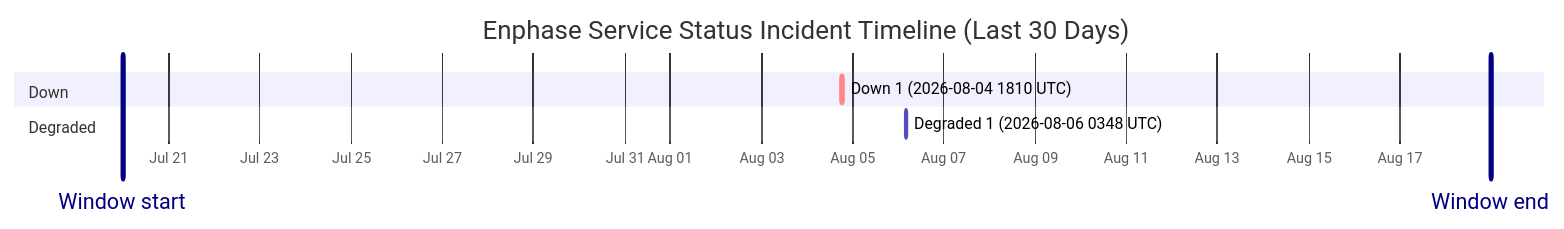
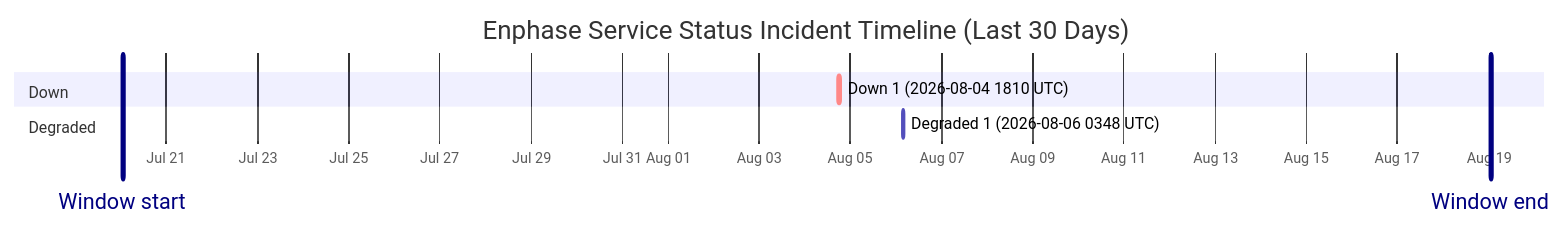
The diagram in wiki/Service-Status-History.md (barneyonline/ha-enphase-energy), drawn with Mermaid before and after one commit. The commit also changed other lines of this file and 3 other files, not shown here.

````diff
--- a/wiki/Service-Status-History.md
+++ b/wiki/Service-Status-History.md
@@ -14,12 +14,12 @@
 ```mermaid
 gantt
     title Enphase Service Status Incident Timeline (Last 30 Days)
     dateFormat  YYYY-MM-DDTHH:mm:ss
     axisFormat  %b %d
-    Window start :vert, window-start, 2026-07-19T23:46:02, 0ms
-    Window end :vert, window-end, 2026-08-18T23:46:02, 0ms
+    Window start :vert, window-start, 2026-07-20T01:07:57, 0ms
+    Window end :vert, window-end, 2026-08-19T01:07:57, 0ms
     section Down
     Down 1 (2026-08-04 1810 UTC) :crit, down-1, 2026-08-04T18:10:46, 60m
     section Degraded
     Degraded 1 (2026-08-06 0348 UTC) :active, degraded-1, 2026-08-06T03:48:14, 60m
 ```
````
